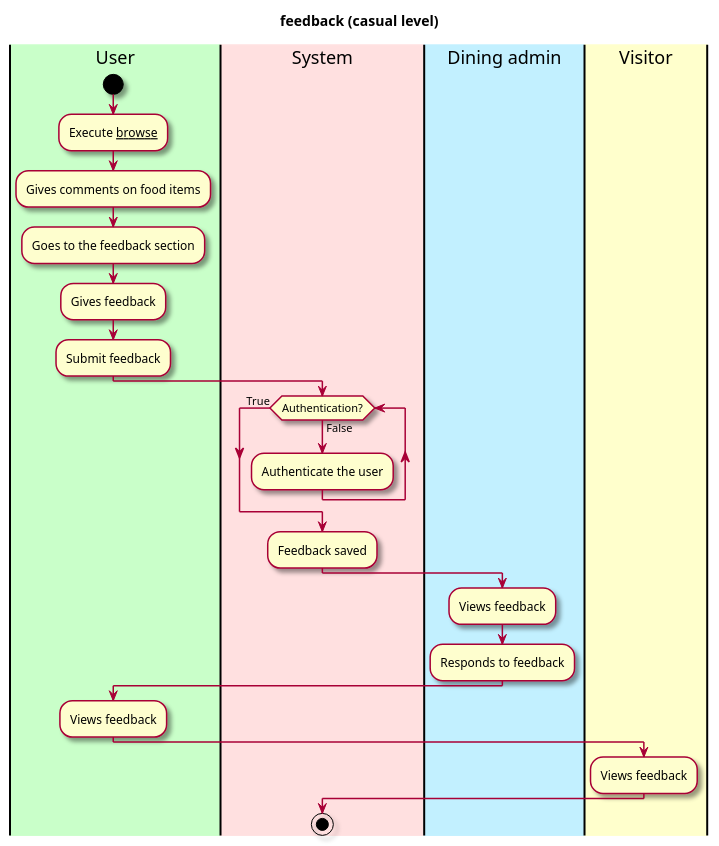
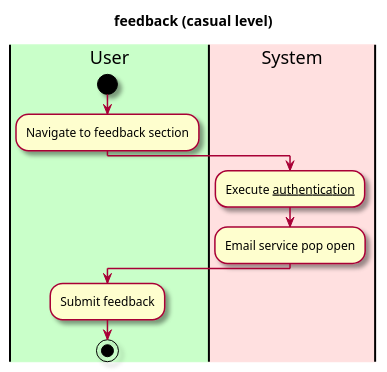
Before and after one commit to EzekielEkanem/team-1d: the diagram in intellij/doc/use-cases/use-case-give-feedback.md, drawn with PlantUML. The commit also changed other lines of this file and 1 other file, not shown here.

````diff
--- a/intellij/doc/use-cases/use-case-give-feedback.md
+++ b/intellij/doc/use-cases/use-case-give-feedback.md
@@ -28,48 +23,30 @@
 ```plantuml
 @startuml
 
 skin rose
 
 title feedback (casual level)
 
 'define the lanes
 
 |#technology|User|
 |#implementation|System|
-|#application|Dining admin|
-|#business|Visitor|
 
 
 |User|
 
 start
 
-:Execute __browse__;
-:Gives comments on food items;
-:Goes to the feedback section;
-:Gives feedback;
-:Submit feedback;
+:Navigate to feedback section;
 
 |System|
 
-while (Authentication?) is (False)
-  :Authenticate the user;
-endwhile (True)
-:Feedback saved;
+:Execute __authentication__;
+:Email service pop open;
     
-|Dining admin|
-
-:Views feedback;
-:Responds to feedback;
-
-|User| 
-:Views feedback;
-
-|Visitor|
-:Views feedback;
-
-|System|
+|User|
+:Submit feedback;
 
 stop
 @enduml
 ```
````
